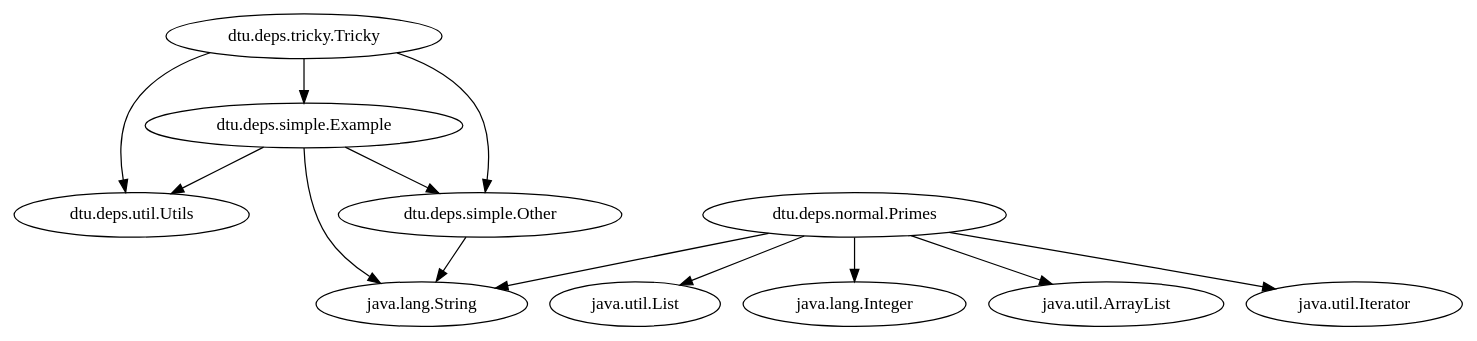
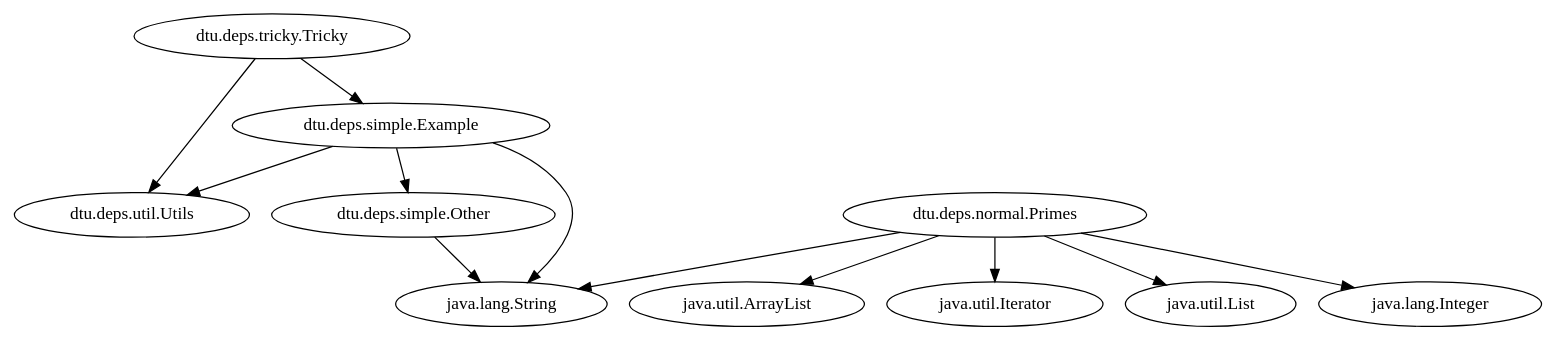
The diagram in source-graph.dot (cakarsubasi/2242-ProgramAnalysis), drawn with Graphviz before and after one commit. The commit also changed 1 other file, not shown here.

```diff
--- a/source-graph.dot
+++ b/source-graph.dot
@@ -1,19 +1,18 @@
 digraph SourceGraph {
   "dtu.deps.util.Utils" [label="dtu.deps.util.Utils"];
   "dtu.deps.tricky.Tricky" [label="dtu.deps.tricky.Tricky"];
   "dtu.deps.simple.Example" [label="dtu.deps.simple.Example"];
   "dtu.deps.simple.Other" [label="dtu.deps.simple.Other"];
   "dtu.deps.normal.Primes" [label="dtu.deps.normal.Primes"];
   "dtu.deps.tricky.Tricky" -> "dtu.deps.util.Utils";
-  "dtu.deps.tricky.Tricky" -> "dtu.deps.simple.Other";
   "dtu.deps.tricky.Tricky" -> "dtu.deps.simple.Example";
   "dtu.deps.simple.Example" -> "dtu.deps.util.Utils";
+  "dtu.deps.simple.Example" -> "java.lang.String";
   "dtu.deps.simple.Example" -> "dtu.deps.simple.Other";
-  "dtu.deps.simple.Example" -> "java.lang.String";
   "dtu.deps.simple.Other" -> "java.lang.String";
+  "dtu.deps.normal.Primes" -> "java.util.ArrayList";
+  "dtu.deps.normal.Primes" -> "java.util.Iterator";
   "dtu.deps.normal.Primes" -> "java.lang.String";
   "dtu.deps.normal.Primes" -> "java.util.List";
   "dtu.deps.normal.Primes" -> "java.lang.Integer";
-  "dtu.deps.normal.Primes" -> "java.util.ArrayList";
-  "dtu.deps.normal.Primes" -> "java.util.Iterator";
 }
```
